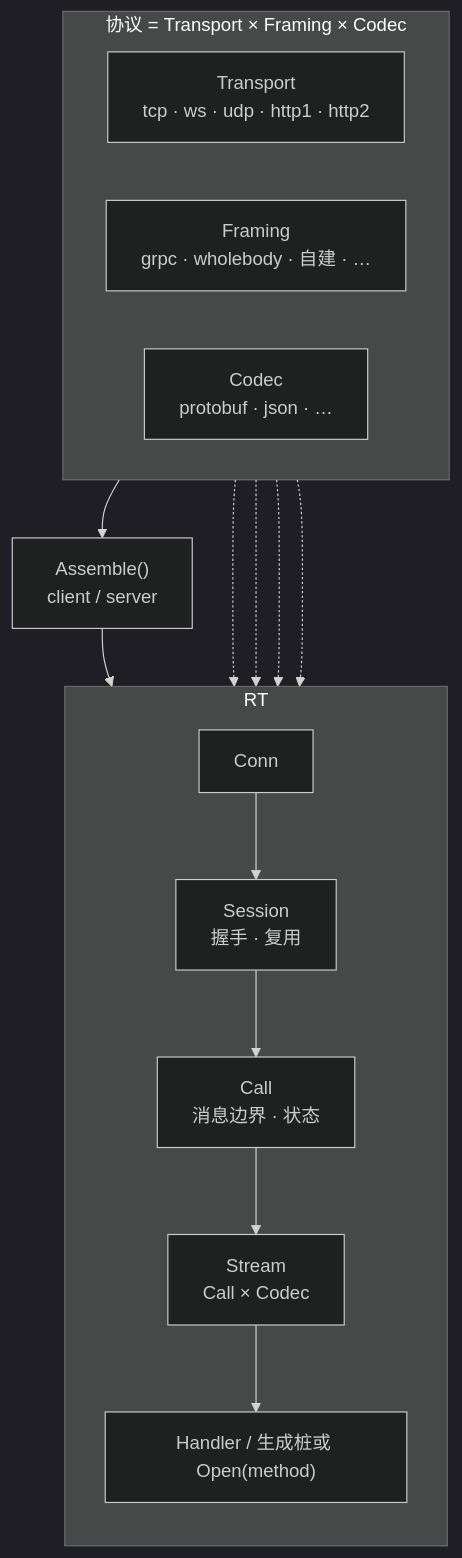
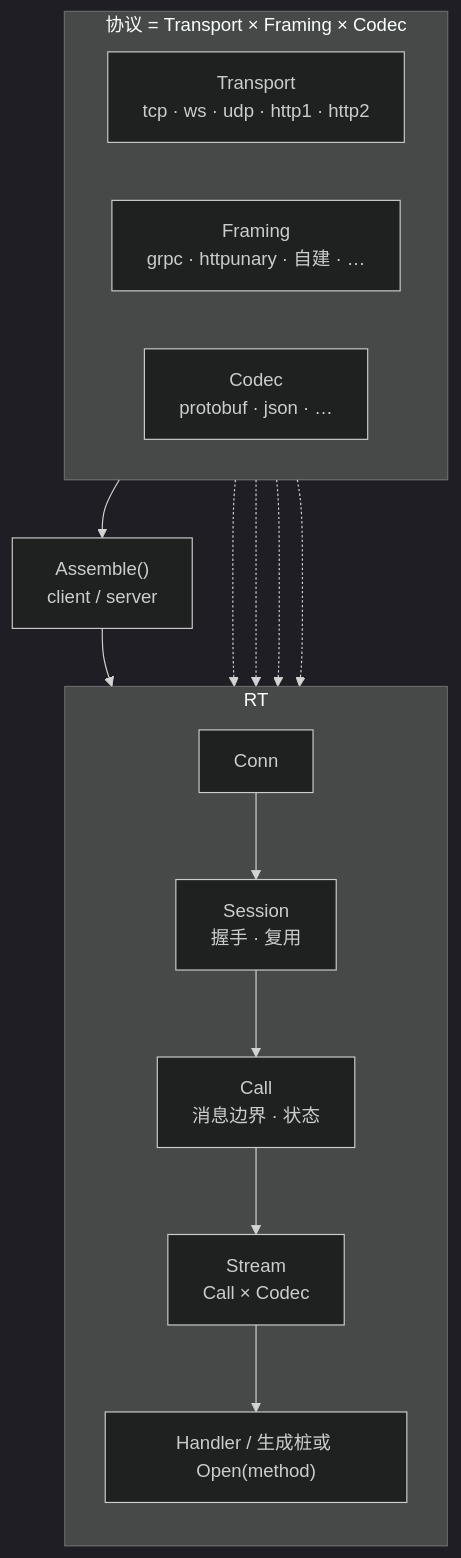
One commit to argos-io/argos changed the diagram in README.md. Above: the diagram before and after it, drawn with Mermaid (dark theme). The commit also changed other lines of this file and 41 other files, not shown here.

First line of the commit message:
Replace wholebody with httpunary and extend HTTP transport for REST.

````diff
--- a/README.md
+++ b/README.md
@@ -15,27 +15,27 @@
 ```mermaid
 flowchart TB
   subgraph axes["协议 = Transport × Framing × Codec"]
     direction LR
     T["Transport<br/>tcp · ws · udp · http1 · http2"]
-    F["Framing<br/>grpc · wholebody · 自建 · …"]
+    F["Framing<br/>grpc · httpunary · 自建 · …"]
     K["Codec<br/>protobuf · json · …"]
   end
 
   axes --> ASM["Assemble()<br/>client / server"]
   ASM --> RT["运行时路径（每条连接）"]
 
   subgraph RT
     direction TB
     CN["Conn"]
     SE["Session<br/>握手 · 复用"]
     CA["Call<br/>消息边界 · 状态"]
     ST["Stream<br/>Call × Codec"]
     APP["Handler / 生成桩或 Open(method)"]
     CN --> SE --> CA --> ST --> APP
   end
 
   T -.-> CN
   F -.-> SE
   F -.-> CA
   K -.-> ST
 ```
````
